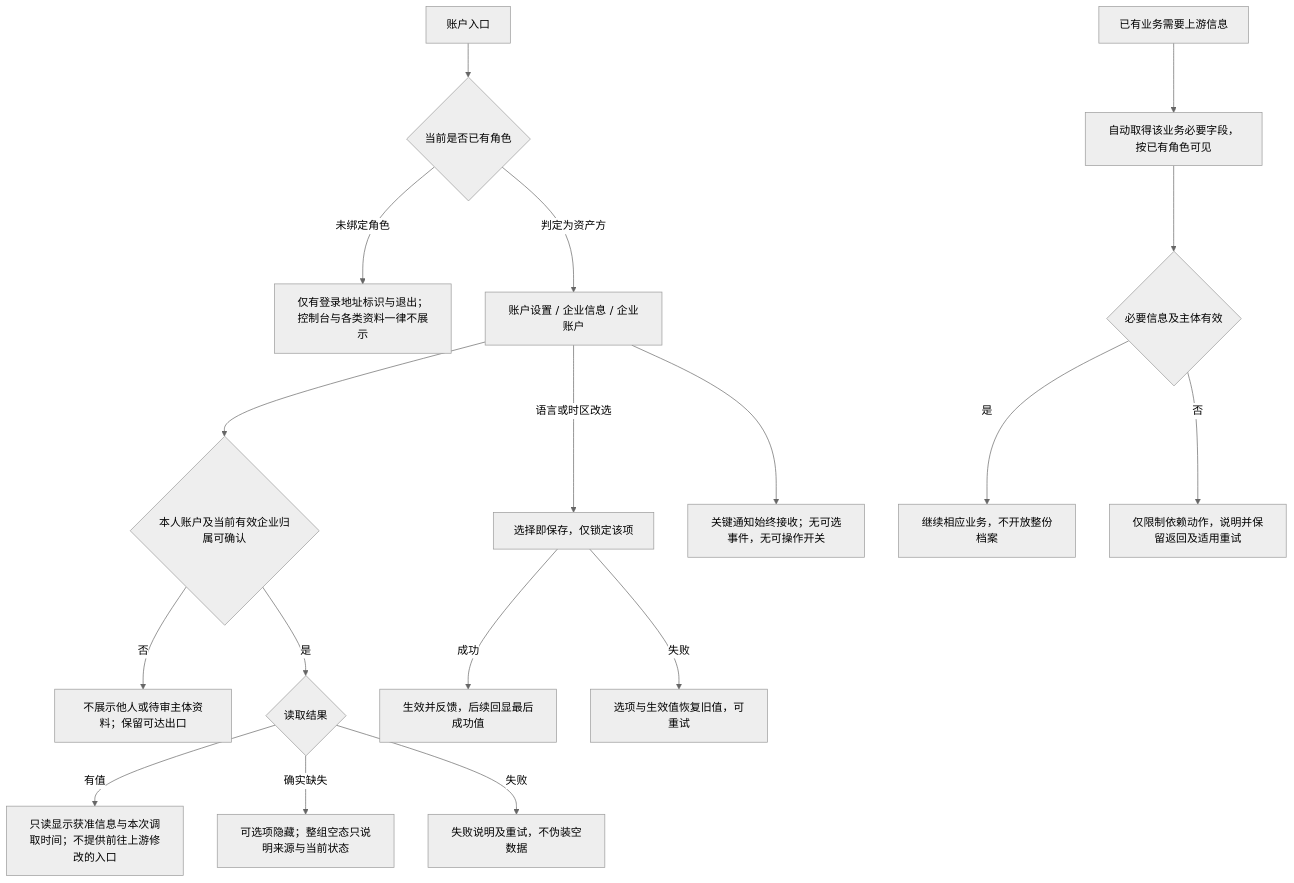
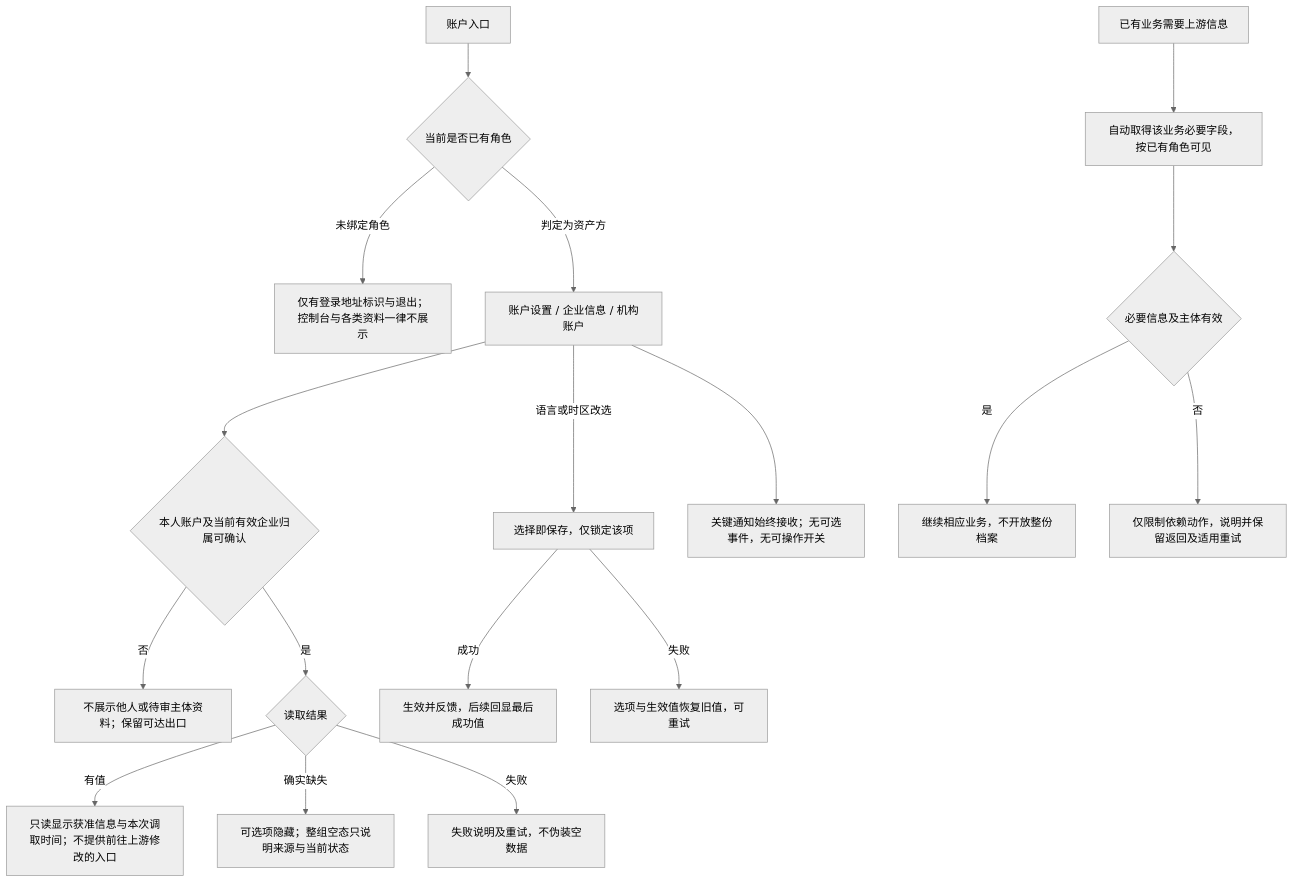
Before and after one commit to wxblockchain/Chain-Financing: the fifth of 7 diagrams in lending-platform/PRD/v2.0-登录与账户体系/02-登录主干与资产方SSO接入-流程图与状态机.md, drawn with Mermaid (neutral theme). The commit also changed other lines of this file and 29 other files, not shown here.

````diff
--- a/lending-platform/PRD/v2.0-登录与账户体系/02-登录主干与资产方SSO接入-流程图与状态机.md
+++ b/lending-platform/PRD/v2.0-登录与账户体系/02-登录主干与资产方SSO接入-流程图与状态机.md
@@ -117,20 +117,20 @@
 ```mermaid
 flowchart TD
     MENU["账户入口"] --> ROLE{"当前是否已有角色"}
     ROLE -->|未绑定角色| ONLY["仅有登录地址标识与退出；控制台与各类资料一律不展示"]
-    ROLE -->|判定为资产方| P["账户设置 / 企业信息 / 企业账户"]
+    ROLE -->|判定为资产方| P["账户设置 / 企业信息 / 机构账户"]
     P --> OWNER{"本人账户及当前有效企业归属可确认"}
     OWNER -->|否| DENY["不展示他人或待审主体资料；保留可达出口"]
     OWNER -->|是| LOAD{"读取结果"}
     LOAD -->|有值| SHOW["只读显示获准信息与本次调取时间；不提供前往上游修改的入口"]
     LOAD -->|确实缺失| EMPTY["可选项隐藏；整组空态只说明来源与当前状态"]
     LOAD -->|失败| FAIL["失败说明及重试，不伪装空数据"]
     P -->|语言或时区改选| SAVE["选择即保存，仅锁定该项"]
     SAVE -->|成功| OK["生效并反馈，后续回显最后成功值"]
     SAVE -->|失败| ROLLBACK["选项与生效值恢复旧值，可重试"]
     P --> NOTICE["关键通知始终接收；无可选事件，无可操作开关"]
     B["已有业务需要上游信息"] --> AUTO["自动取得该业务必要字段，按已有角色可见"]
     AUTO --> NEED{"必要信息及主体有效"}
     NEED -->|是| USE["继续相应业务，不开放整份档案"]
     NEED -->|否| LIMIT["仅限制依赖动作，说明并保留返回及适用重试"]
 ```
````
